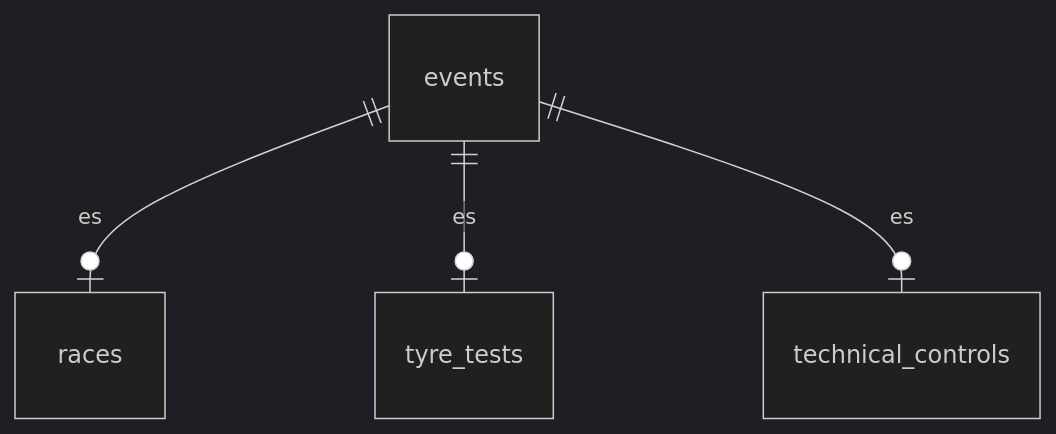
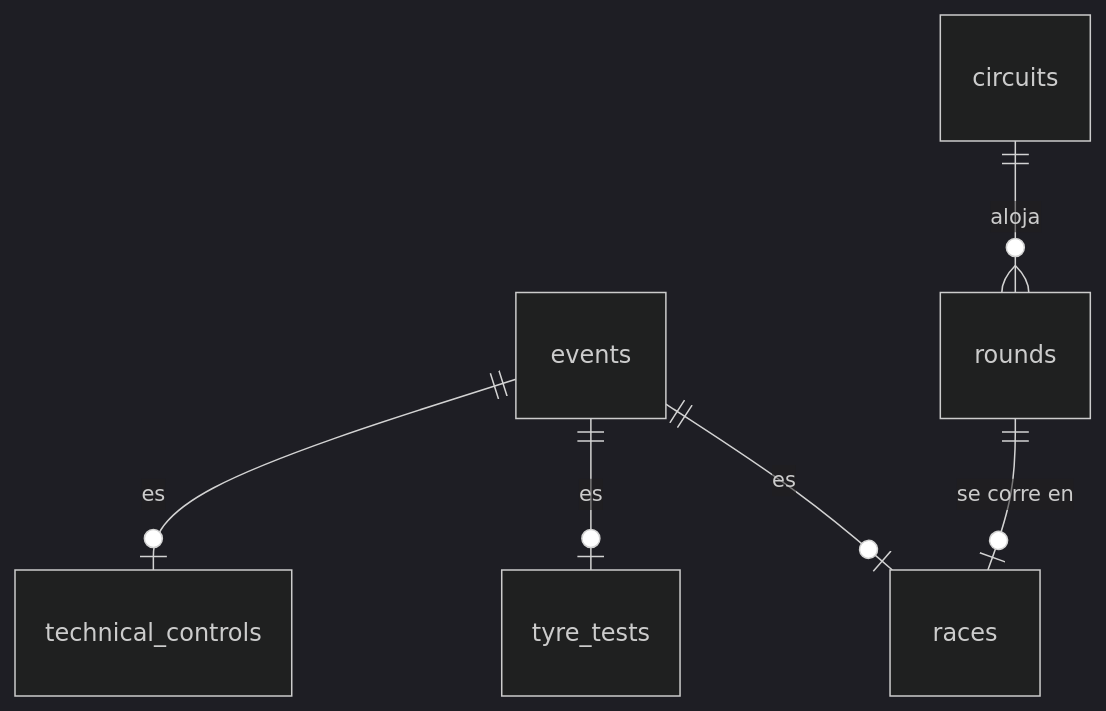
One commit to JosefinaBacci/RaceControl changed the diagram in docs/sprint2/02-modelo-de-datos.md. Above: the diagram before and after it, drawn with Mermaid (dark theme). The commit also changed other lines of this file and 6 other files, not shown here.

````diff
--- a/docs/sprint2/02-modelo-de-datos.md
+++ b/docs/sprint2/02-modelo-de-datos.md
@@ -40,6 +41,8 @@
 ```mermaid
 erDiagram
     events ||--o| races : "es"
     events ||--o| tyre_tests : "es"
     events ||--o| technical_controls : "es"
+    rounds ||--o| races : "se corre en"
+    circuits ||--o{ rounds : "aloja"
 ```
````
